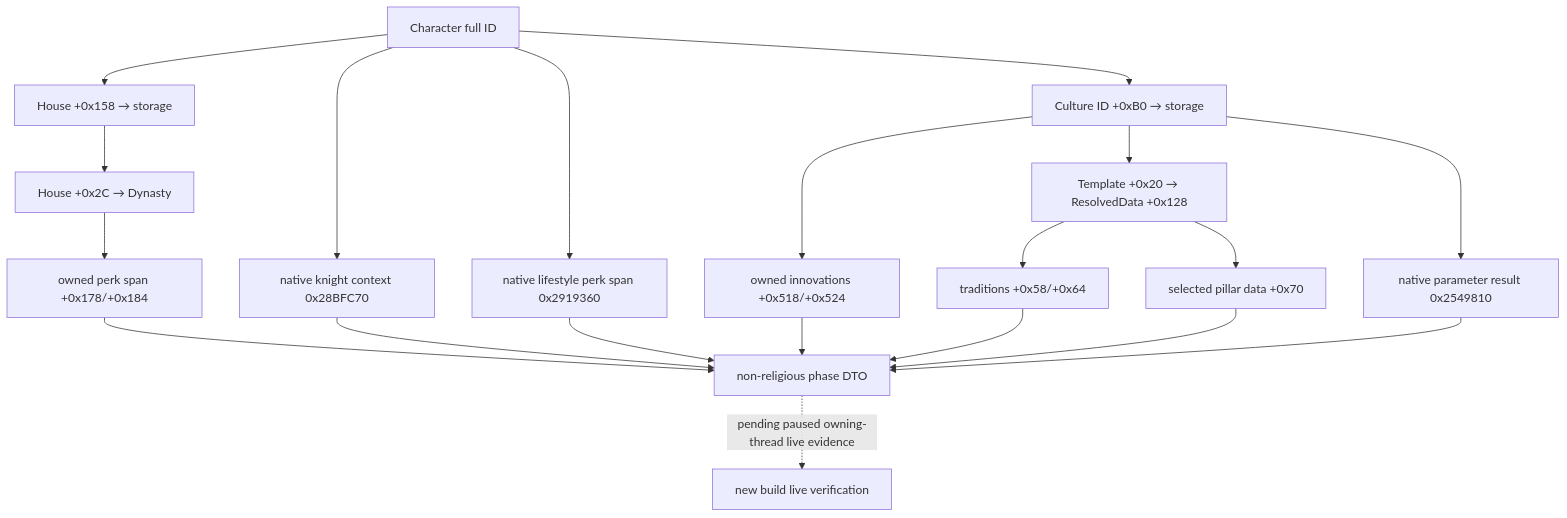
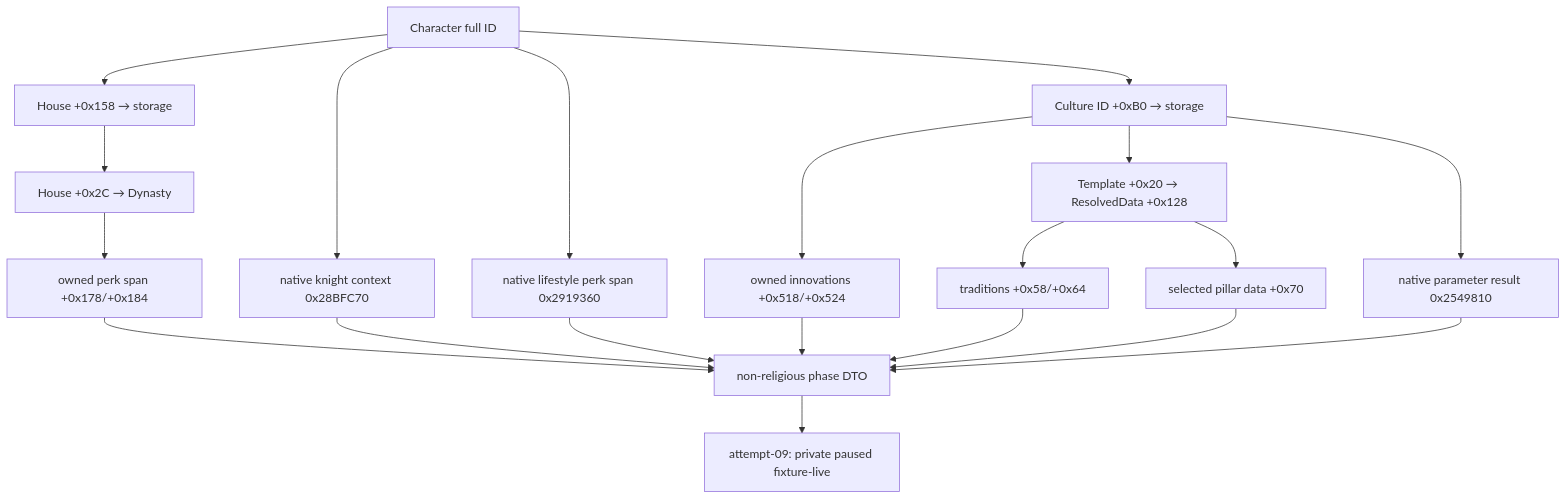
One commit to XenoAmess/ck3_eternal_recurrence changed the diagram in docs/ck3-native-ai/ck3-1.20.0.2-phase-culture.md. Above: the diagram before and after it, drawn with Mermaid. The commit also changed other lines of this file and 59 other files, not shown here.

Commit message:
Restore CK3 1.20 MCP live loops and fixture execution

````diff
--- a/docs/ck3-native-ai/ck3-1.20.0.2-phase-culture.md
+++ b/docs/ck3-native-ai/ck3-1.20.0.2-phase-culture.md
@@ -75,22 +95,22 @@
 ```mermaid
 flowchart TD
     C["Character full ID"] --> H["House +0x158 → storage"]
     H --> D["House +0x2C → Dynasty"]
     D --> P["owned perk span +0x178/+0x184"]
     C --> L["native knight context 0x28BFC70"]
     C --> K["native lifestyle perk span 0x2919360"]
     C --> U["Culture ID +0xB0 → storage"]
     U --> I["owned innovations +0x518/+0x524"]
     U --> T["Template +0x20 → ResolvedData +0x128"]
     T --> R["traditions +0x58/+0x64"]
     T --> B["selected pillar data +0x70"]
     U --> A["native parameter result 0x2549810"]
     P --> O["non-religious phase DTO"]
     L --> O
     K --> O
     I --> O
     R --> O
     B --> O
     A --> O
-    O -. "pending paused owning-thread live evidence" .-> V["new build live verification"]
+    O --> V["attempt-09: private paused fixture-live"]
 ```
````
